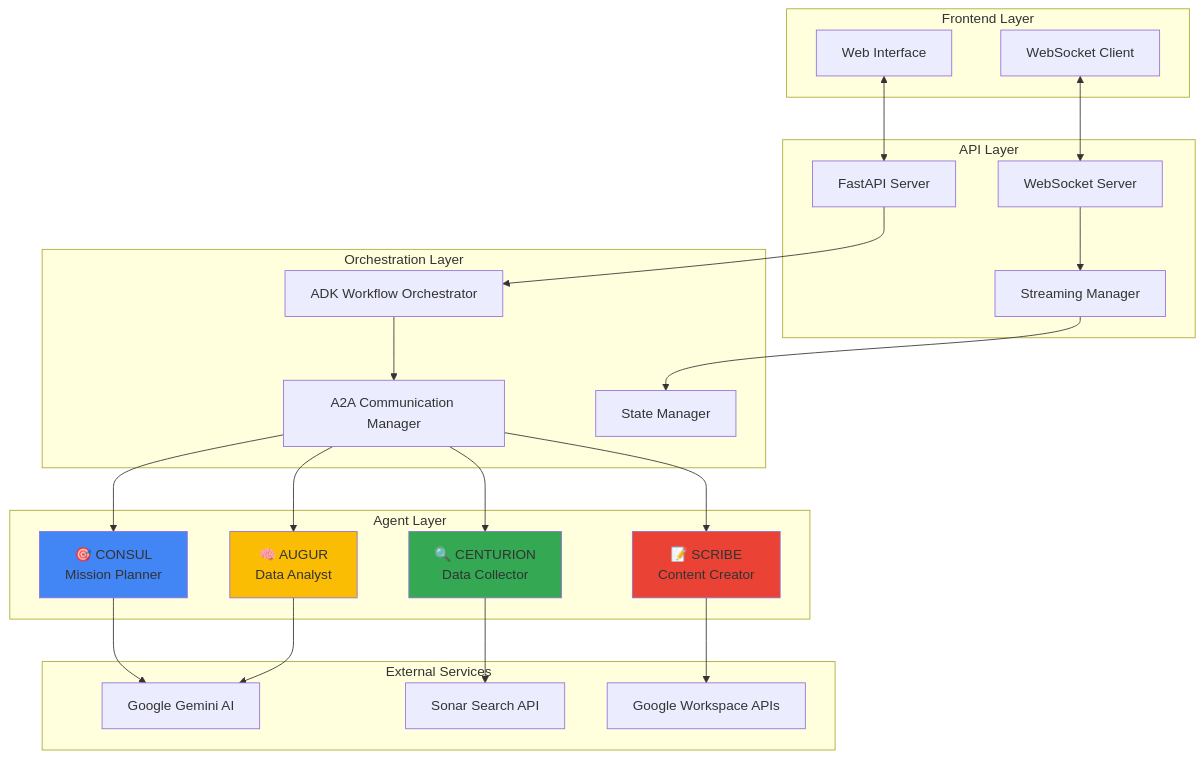
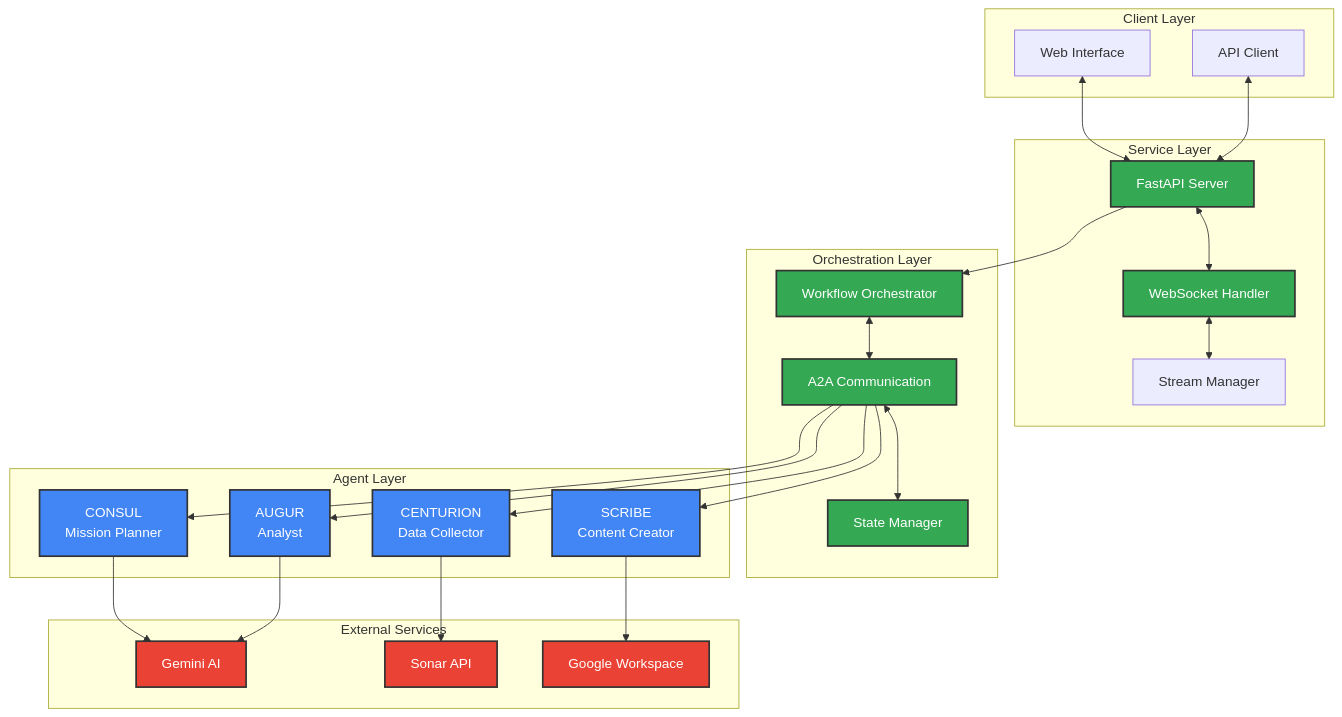
Before and after one commit to victorbash400/legion: the first of 4 diagrams in README.md, drawn with Mermaid. The commit also changed other lines of this file, not shown here.

````diff
--- a/README.md
+++ b/README.md
@@ -101,54 +94,59 @@
 ```mermaid
 graph TB
-    subgraph "Frontend Layer"
+    subgraph "Client Layer"
         UI[Web Interface]
-        WS[WebSocket Client]
+        API[API Client]
     end
     
-    subgraph "API Layer"
+    subgraph "Service Layer" 
         FAPI[FastAPI Server]
-        WSS[WebSocket Server]
-        STREAM[Streaming Manager]
+        WS[WebSocket Handler]
+        STREAM[Stream Manager]
     end
     
     subgraph "Orchestration Layer"
-        ORCH[ADK Workflow Orchestrator]
-        COMM[A2A Communication Manager]
+        ORCH[Workflow Orchestrator]
+        COMM[A2A Communication]
         STATE[State Manager]
     end
     
     subgraph "Agent Layer"
-        CONSUL[🎯 CONSUL<br/>Mission Planner]
-        CENTURION[🔍 CENTURION<br/>Data Collector]
-        AUGUR[🧠 AUGUR<br/>Data Analyst]
-        SCRIBE[📝 SCRIBE<br/>Content Creator]
+        CONSUL[CONSUL<br/>Mission Planner]
+        CENTURION[CENTURION<br/>Data Collector]
+        AUGUR[AUGUR<br/>Analyst]
+        SCRIBE[SCRIBE<br/>Content Creator]
     end
     
     subgraph "External Services"
-        GEMINI[Google Gemini AI]
-        SONAR[Sonar Search API]
-        GWORK[Google Workspace APIs]
+        GEMINI[Gemini AI]
+        SONAR[Sonar API]
+        GCLOUD[Google Workspace]
     end
     
     UI <--> FAPI
-    WS <--> WSS
+    API <--> FAPI
+    FAPI <--> WS
+    WS <--> STREAM
+    
     FAPI --> ORCH
-    WSS --> STREAM
-    STREAM --> STATE
+    ORCH <--> COMM
+    COMM <--> STATE
     
-    ORCH --> COMM
     COMM --> CONSUL
-    COMM --> CENTURION
+    COMM --> CENTURION  
     COMM --> AUGUR
     COMM --> SCRIBE
     
     CONSUL --> GEMINI
     CENTURION --> SONAR
     AUGUR --> GEMINI
-    SCRIBE --> GWORK
+    SCRIBE --> GCLOUD
     
-    style CONSUL fill:#4285F4
-    style CENTURION fill:#34A853
-    style AUGUR fill:#FBBC04
-    style SCRIBE fill:#EA4335
+    classDef agent fill:#4285F4,stroke:#333,stroke-width:2px,color:#fff
+    classDef service fill:#34A853,stroke:#333,stroke-width:2px,color:#fff
+    classDef external fill:#EA4335,stroke:#333,stroke-width:2px,color:#fff
+    
+    class CONSUL,CENTURION,AUGUR,SCRIBE agent
+    class FAPI,WS,ORCH,COMM,STATE service
+    class GEMINI,SONAR,GCLOUD external
 ```
````
